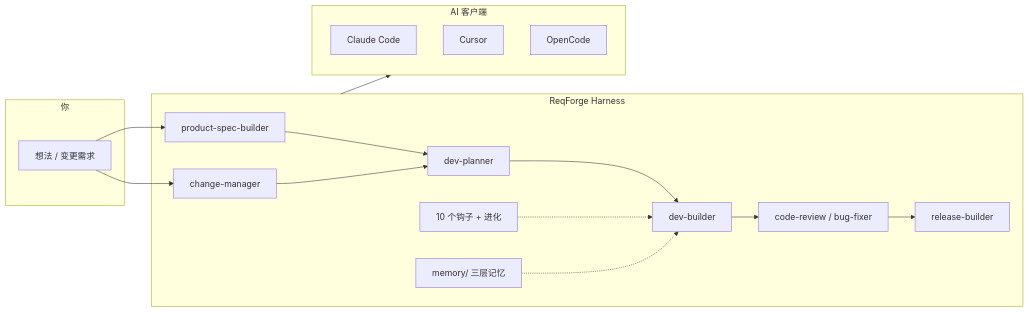
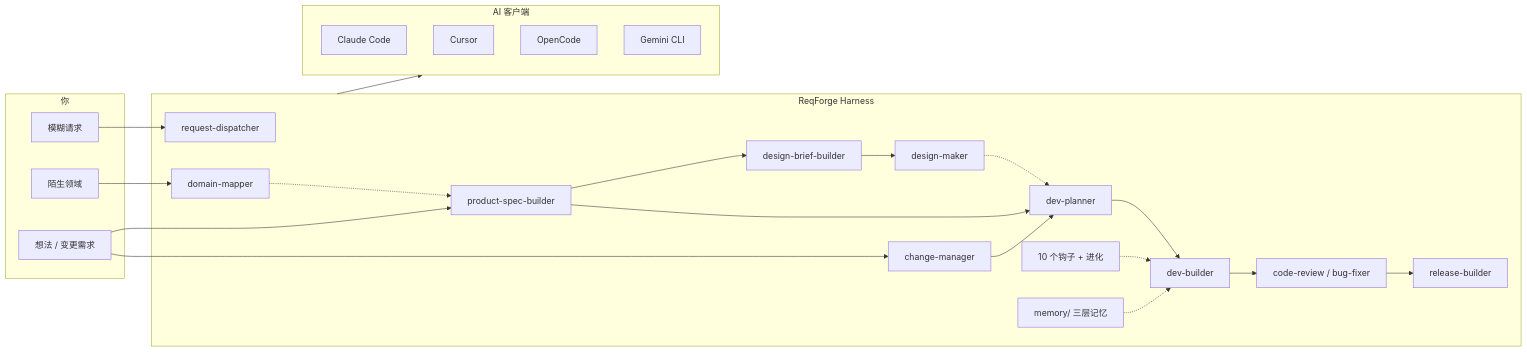
Before and after one commit to zxpmail/ReqForge: the diagram in README.zh-CN.md, drawn with Mermaid. The commit also changed other lines of this file and 10 other files, not shown here.

First line of the commit message:
docs: sync architecture and usage docs for v1.43

````diff
--- a/README.zh-CN.md
+++ b/README.zh-CN.md
@@ -17,34 +17,47 @@
 ```mermaid
 flowchart LR
   subgraph inputs [你]
     Idea[想法 / 变更需求]
+    DomainIn[陌生领域]
+    Ambig[模糊请求]
   end
 
   subgraph forge [ReqForge Harness]
+    Route[request-dispatcher]
+    Domain[domain-mapper]
     Spec[product-spec-builder]
+    DBr[design-brief-builder]
+    DMk[design-maker]
     Chg[change-manager]
     Plan[dev-planner]
     Build[dev-builder]
     Rev[code-review / bug-fixer]
     Rel[release-builder]
     Hooks[10 个钩子 + 进化]
     Mem[memory/ 三层记忆]
   end
 
   subgraph clients [AI 客户端]
     CC[Claude Code]
     CU[Cursor]
     OC[OpenCode]
+    GC[Gemini CLI]
   end
 
+  Ambig --> Route
+  DomainIn --> Domain
+  Domain -.-> Spec
   Idea --> Spec
+  Spec --> DBr
+  DBr --> DMk
+  DMk -.-> Plan
   Spec --> Plan
   Idea --> Chg
   Chg --> Plan
   Plan --> Build
   Build --> Rev
   Rev --> Rel
   Hooks -.-> Build
   Mem -.-> Build
   forge --> clients
 ```
````
